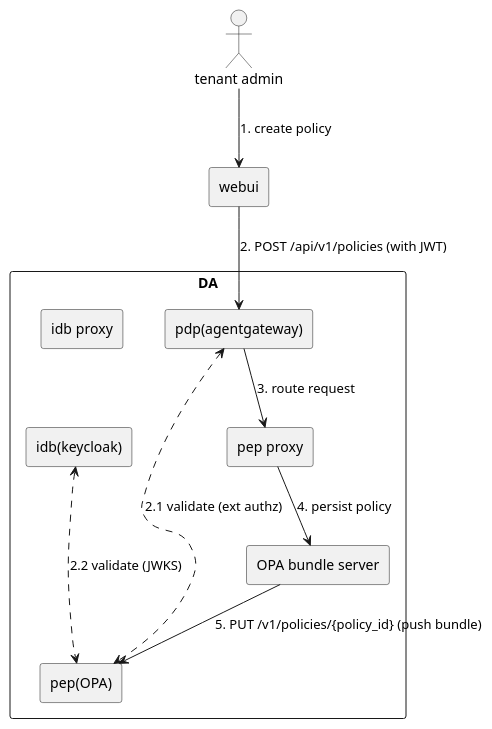
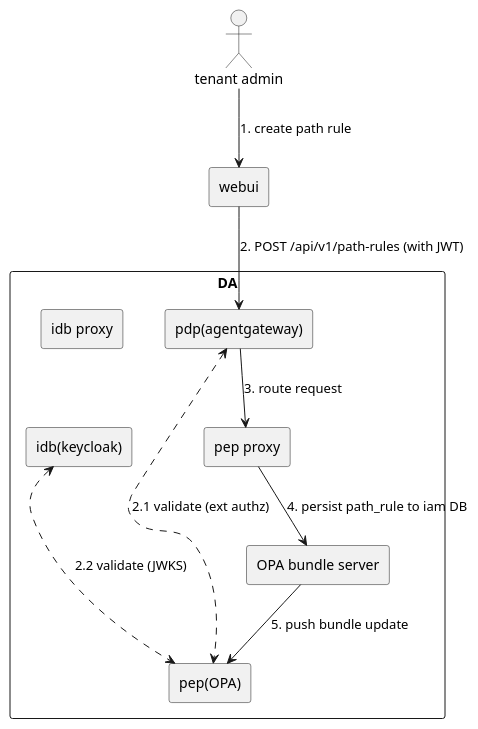
Before and after one commit to xiewanchao/aidp-iam: the fourth of 16 diagrams in da-cluster/docs/design-specification.md, drawn with PlantUML. The commit also changed other lines of this file and 13 other files, not shown here.

````diff
--- a/da-cluster/docs/design-specification.md
+++ b/da-cluster/docs/design-specification.md
@@ -152,21 +155,21 @@
 ```plantuml
 @startuml
 actor "tenant admin" as sa
 rectangle "webui" as ui
 rectangle "DA" {
     rectangle "pdp(agentgateway)" as pdp
     rectangle "idb(keycloak)" as idb
     rectangle "idb proxy" as idbp
     rectangle "pep(OPA)" as pep
     rectangle "pep proxy" as pepp
     rectangle "OPA bundle server" as pepb
 }
-sa --> ui: 1. create policy
-ui --> pdp: 2. POST /api/v1/policies (with JWT)
+sa --> ui: 1. create path rule
+ui --> pdp: 2. POST /api/v1/path-rules (with JWT)
 pdp <..> pep: 2.1 validate (ext authz)
 idb <...> pep: 2.2 validate (JWKS)
 pdp --> pepp: 3. route request
-pepp --> pepb: 4. persist policy
-pepb --> pep: 5. PUT /v1/policies/{policy_id} (push bundle)
+pepp --> pepb: 4. persist path_rule to iam DB
+pepb --> pep: 5. push bundle update
 @enduml
 ```
````
